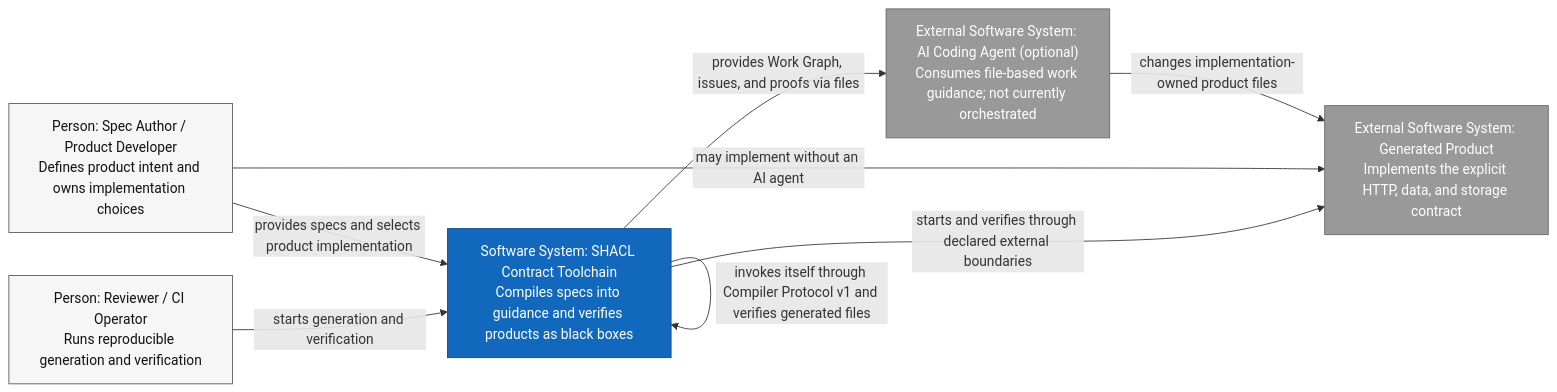
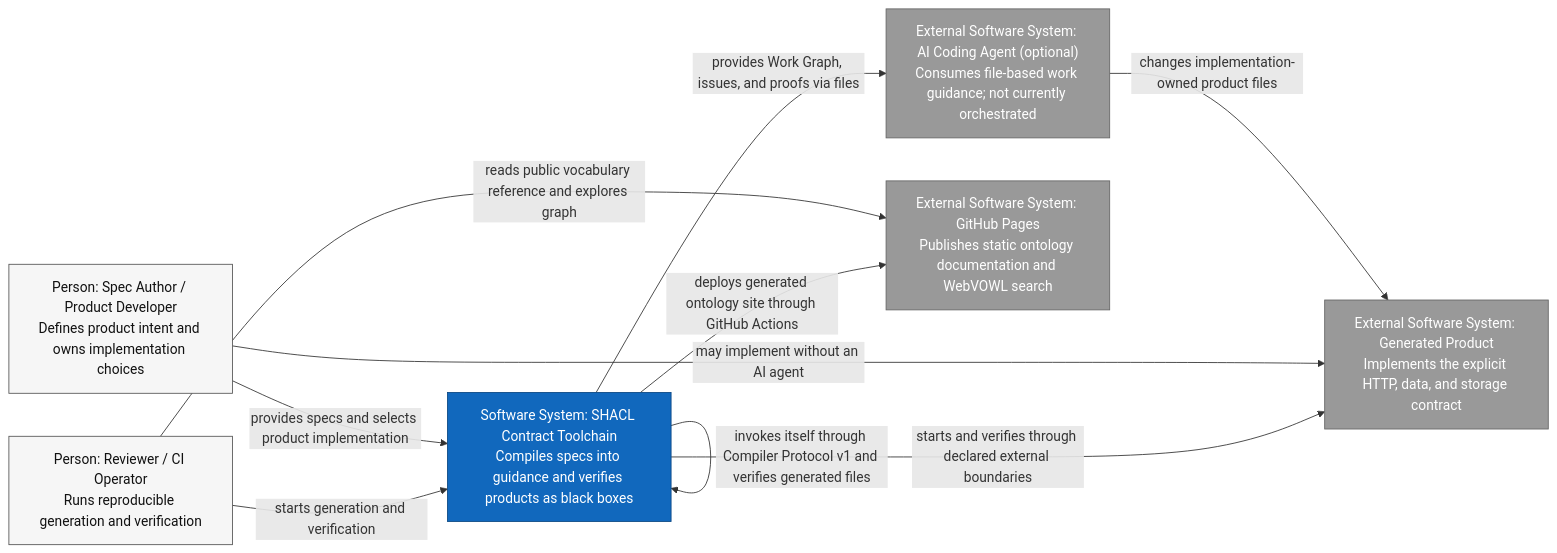
Before and after one commit to arturmiller/spec-compiler: the first of 5 diagrams in docs/architecture/c4.md, drawn with Mermaid. The commit also changed other lines of this file and 16 other files, not shown here.

Commit message:
Publish ontology documentation with GitHub Pages

````diff
--- a/docs/architecture/c4.md
+++ b/docs/architecture/c4.md
@@ -21,23 +21,26 @@
 ```mermaid
 flowchart LR
     author["Person: Spec Author / Product Developer<br/>Defines product intent and owns implementation choices"]
     reviewer["Person: Reviewer / CI Operator<br/>Runs reproducible generation and verification"]
     tool["Software System: SHACL Contract Toolchain<br/>Compiles specs into guidance and verifies products as black boxes"]
     agent["External Software System: AI Coding Agent (optional)<br/>Consumes file-based work guidance; not currently orchestrated"]
     product["External Software System: Generated Product<br/>Implements the explicit HTTP, data, and storage contract"]
+    pages["External Software System: GitHub Pages<br/>Publishes static ontology documentation and WebVOWL search"]
 
     author -->|"provides specs and selects product implementation"| tool
     reviewer -->|"starts generation and verification"| tool
     tool -->|"provides Work Graph, issues, and proofs via files"| agent
     agent -->|"changes implementation-owned product files"| product
     author -->|"may implement without an AI agent"| product
     tool -->|"starts and verifies through declared external boundaries"| product
     tool -->|"invokes itself through Compiler Protocol v1 and verifies generated files"| tool
+    reviewer -->|"reads public vocabulary reference and explores graph"| pages
+    tool -->|"deploys generated ontology site through GitHub Actions"| pages
 
     classDef person fill:#f6f6f6,stroke:#555,color:#111;
     classDef system fill:#1168bd,stroke:#0b4884,color:#fff;
     classDef external fill:#999,stroke:#666,color:#fff;
     class author,reviewer person;
     class tool system;
-    class agent,product external;
+    class agent,product,pages external;
 ```
````
